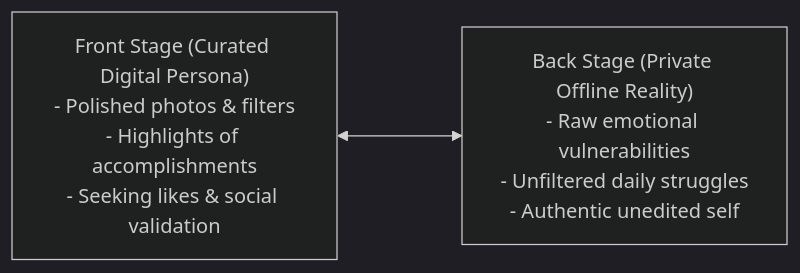
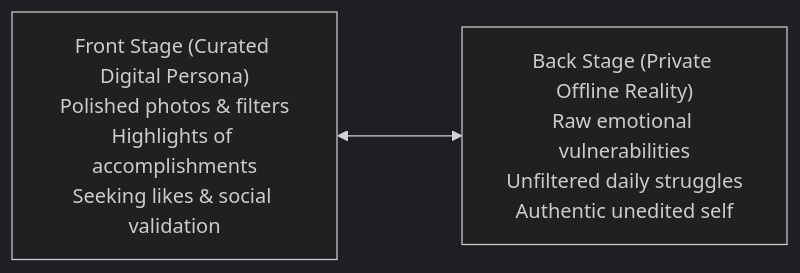
Before and after one commit to aidocmr/learn-bscs: the second of 3 diagrams in content/Year 1/Understanding the Self/14. The Digital Self.md, drawn with Mermaid (dark theme). The commit also changed other lines of this file and 20 other files, not shown here.

First line of the commit message:
fix: Remove markdown lists and numbered prefixes from all Mermaid diagrams

````diff
--- a/content/Year 1/Understanding the Self/14. The Digital Self.md
+++ b/content/Year 1/Understanding the Self/14. The Digital Self.md
@@ -26,4 +26,4 @@
 ```mermaid
 flowchart LR
-    Front["Front Stage (Curated Digital Persona)<br/>- Polished photos & filters<br/>- Highlights of accomplishments<br/>- Seeking likes & social validation"] <---> Back["Back Stage (Private Offline Reality)<br/>- Raw emotional vulnerabilities<br/>- Unfiltered daily struggles<br/>- Authentic unedited self"]
+    Front["Front Stage (Curated Digital Persona)<br/>Polished photos & filters<br/>Highlights of accomplishments<br/>Seeking likes & social validation"] <---> Back["Back Stage (Private Offline Reality)<br/>Raw emotional vulnerabilities<br/>Unfiltered daily struggles<br/>Authentic unedited self"]
 ```
````
